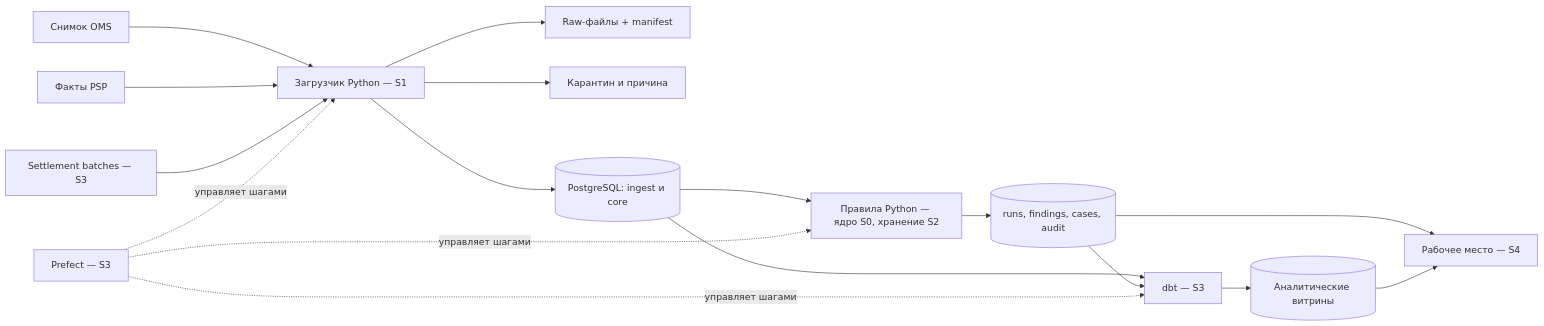
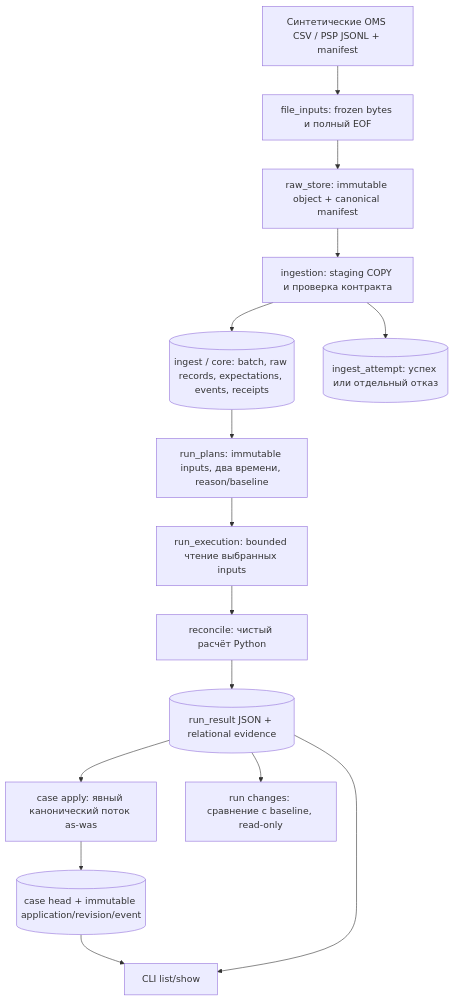
One commit to Decl1s/commerceguard changed the diagram in docs/ARCHITECTURE.md. Above: the diagram before and after it, drawn with Mermaid. The commit also changed other lines of this file and 7 other files, not shown here.

````diff
--- a/docs/ARCHITECTURE.md
+++ b/docs/ARCHITECTURE.md
@@ -10,19 +10,17 @@
 ```mermaid
-flowchart LR
-    OMS[Снимок OMS] --> I[Загрузчик Python — S1]
-    PSP[Факты PSP] --> I
-    SET[Settlement batches — S3] --> I
-    I --> RAW[Raw-файлы + manifest]
-    I --> Q[Карантин и причина]
-    I --> PG[(PostgreSQL: ingest и core)]
-    PG --> R[Правила Python — ядро S0, хранение S2]
-    R --> OPS[(runs, findings, cases, audit)]
-    PG --> DBT[dbt — S3]
-    OPS --> DBT
-    DBT --> MART[(Аналитические витрины)]
-    OPS --> WEB[Рабочее место — S4]
-    MART --> WEB
-    F[Prefect — S3] -. управляет шагами .-> I
-    F -. управляет шагами .-> R
-    F -. управляет шагами .-> DBT
+flowchart TD
+    F[Синтетические OMS CSV / PSP JSONL + manifest] --> P[file_inputs: frozen bytes и полный EOF]
+    P --> R[raw_store: immutable object + canonical manifest]
+    R --> I[ingestion: staging COPY и проверка контракта]
+    I --> C[(ingest / core: batch, raw records, expectations, events, receipts)]
+    I --> J[(ingest_attempt: успех или отдельный отказ)]
+    C --> M[run_plans: immutable inputs, два времени, reason/baseline]
+    M --> E[run_execution: bounded чтение выбранных inputs]
+    E --> K[reconcile: чистый расчёт Python]
+    K --> O[(run_result JSON + relational evidence)]
+    O --> A[case apply: явный канонический поток as-was]
+    A --> H[(case head + immutable application/revision/event)]
+    O --> D[run changes: сравнение с baseline, read-only]
+    H --> V[CLI list/show]
+    O --> V
 ```
````
